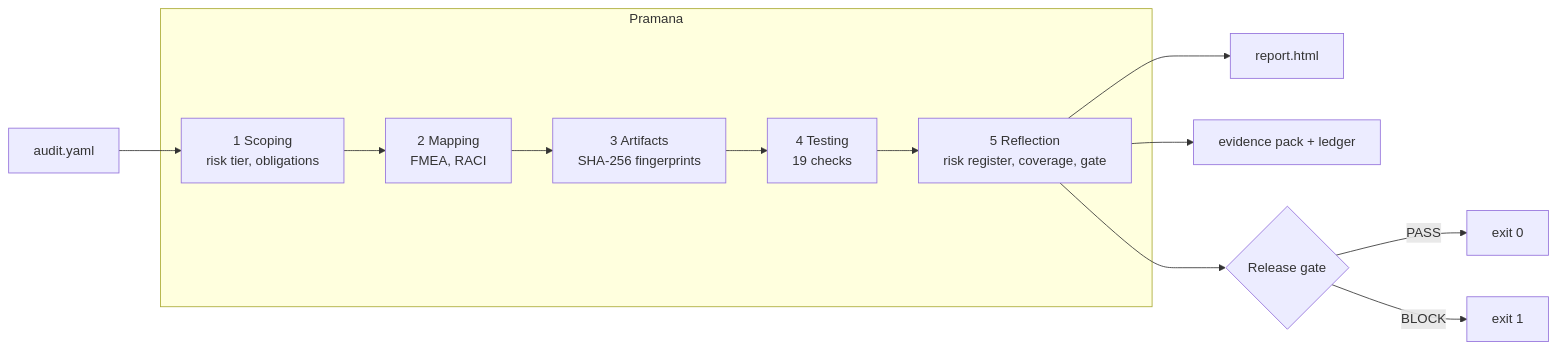
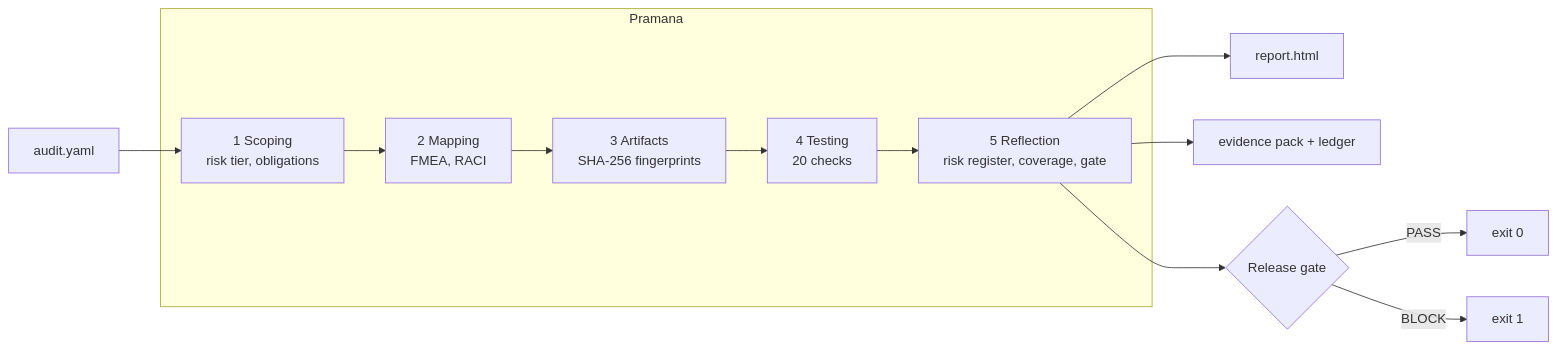
The diagram in README.md (Tejascodz/pramana), drawn with Mermaid before and after one commit. The commit also changed other lines of this file and 69 other files, not shown here.

````diff
--- a/README.md
+++ b/README.md
@@ -35,15 +36,15 @@
 ```mermaid
 flowchart LR
     S[audit.yaml] --> A
     subgraph Pramana
     A[1 Scoping<br/>risk tier, obligations] --> B[2 Mapping<br/>FMEA, RACI]
     B --> C[3 Artifacts<br/>SHA-256 fingerprints]
-    C --> D[4 Testing<br/>19 checks]
+    C --> D[4 Testing<br/>20 checks]
     D --> E[5 Reflection<br/>risk register, coverage, gate]
     end
     E --> R[report.html]
     E --> P[evidence pack + ledger]
     E --> G{Release gate}
     G -->|PASS| OK[exit 0]
     G -->|BLOCK| NO[exit 1]
 ```
````
